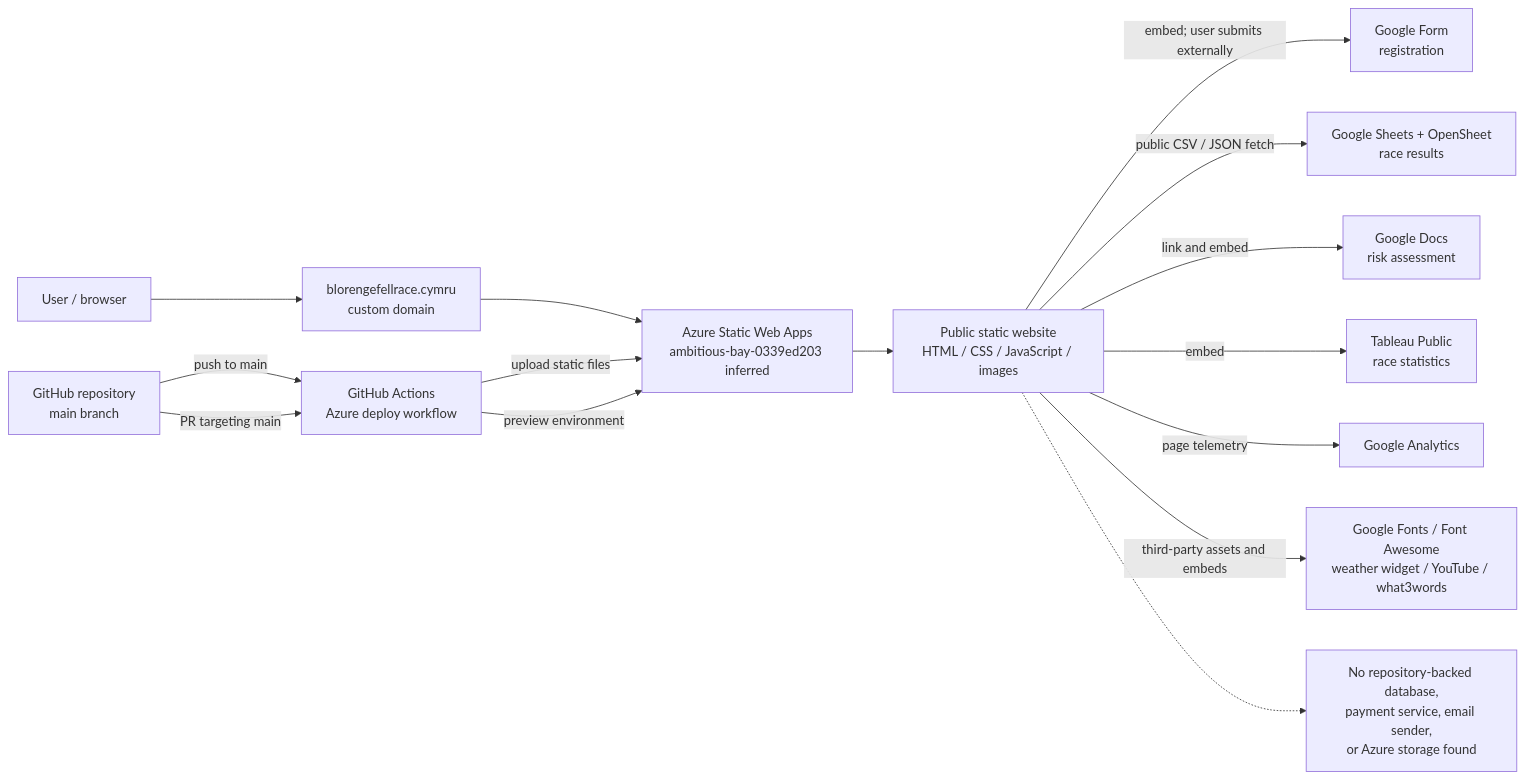
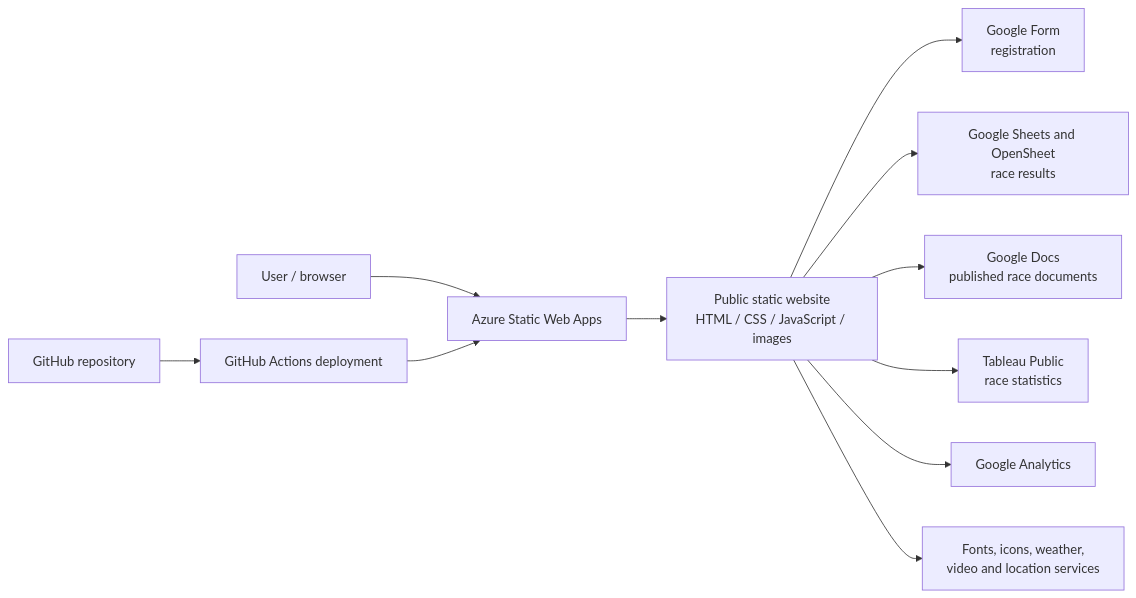
One commit to sickwrangler/blorengefellrace changed the diagram in docs/architecture.md. Above: the diagram before and after it, drawn with Mermaid. The commit also changed other lines of this file and 3 other files, not shown here.

````diff
--- a/docs/architecture.md
+++ b/docs/architecture.md
@@ -7,27 +7,23 @@
 ```mermaid
 flowchart LR
     U[User / browser]
-    DNS[blorengefellrace.cymru<br/>custom domain]
-    AZ[Azure Static Web Apps<br/>ambitious-bay-0339ed203 inferred]
     SITE[Public static website<br/>HTML / CSS / JavaScript / images]
-    GH[GitHub repository<br/>main branch]
-    GA[GitHub Actions<br/>Azure deploy workflow]
+    AZ[Azure Static Web Apps]
+    GH[GitHub repository]
+    GA[GitHub Actions deployment]
     FORM[Google Form<br/>registration]
-    SHEETS[Google Sheets + OpenSheet<br/>race results]
-    DOCS[Google Docs<br/>risk assessment]
+    RESULTS[Google Sheets and OpenSheet<br/>race results]
+    DOCS[Google Docs<br/>published race documents]
     TAB[Tableau Public<br/>race statistics]
     ANALYTICS[Google Analytics]
-    MEDIA[Google Fonts / Font Awesome<br/>weather widget / YouTube / what3words]
-    NONE[No repository-backed database,<br/>payment service, email sender,<br/>or Azure storage found]
+    MEDIA[Fonts, icons, weather,<br/>video and location services]
 
-    U --> DNS --> AZ --> SITE
-    GH -->|push to main| GA -->|upload static files| AZ
-    GH -->|PR targeting main| GA -->|preview environment| AZ
-    SITE -->|embed; user submits externally| FORM
-    SITE -->|public CSV / JSON fetch| SHEETS
-    SITE -->|link and embed| DOCS
-    SITE -->|embed| TAB
-    SITE -->|page telemetry| ANALYTICS
-    SITE -->|third-party assets and embeds| MEDIA
-    SITE -.-> NONE
+    U --> AZ --> SITE
+    GH --> GA --> AZ
+    SITE --> FORM
+    SITE --> RESULTS
+    SITE --> DOCS
+    SITE --> TAB
+    SITE --> ANALYTICS
+    SITE --> MEDIA
 ```
````
